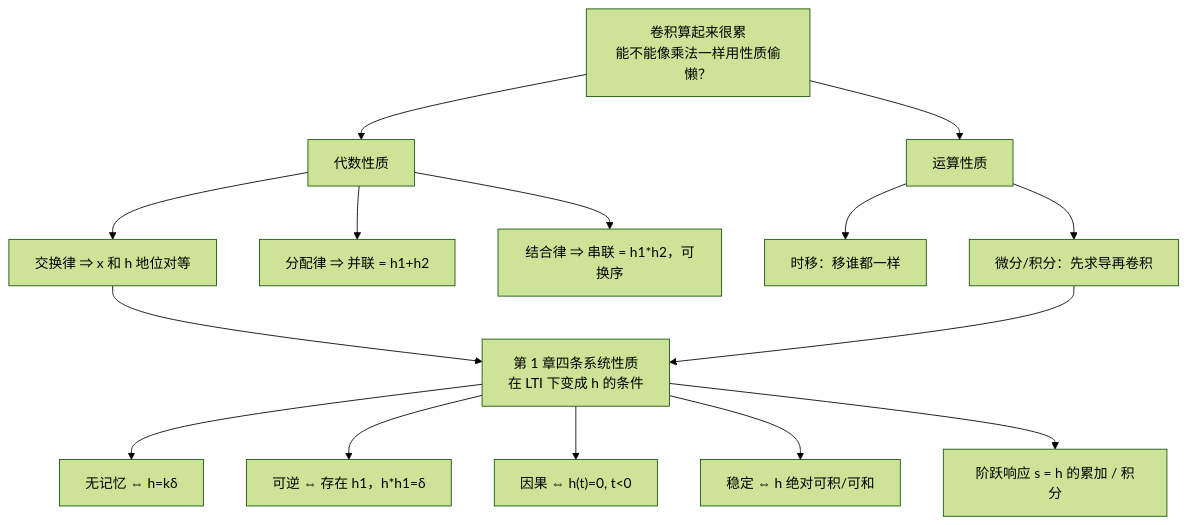
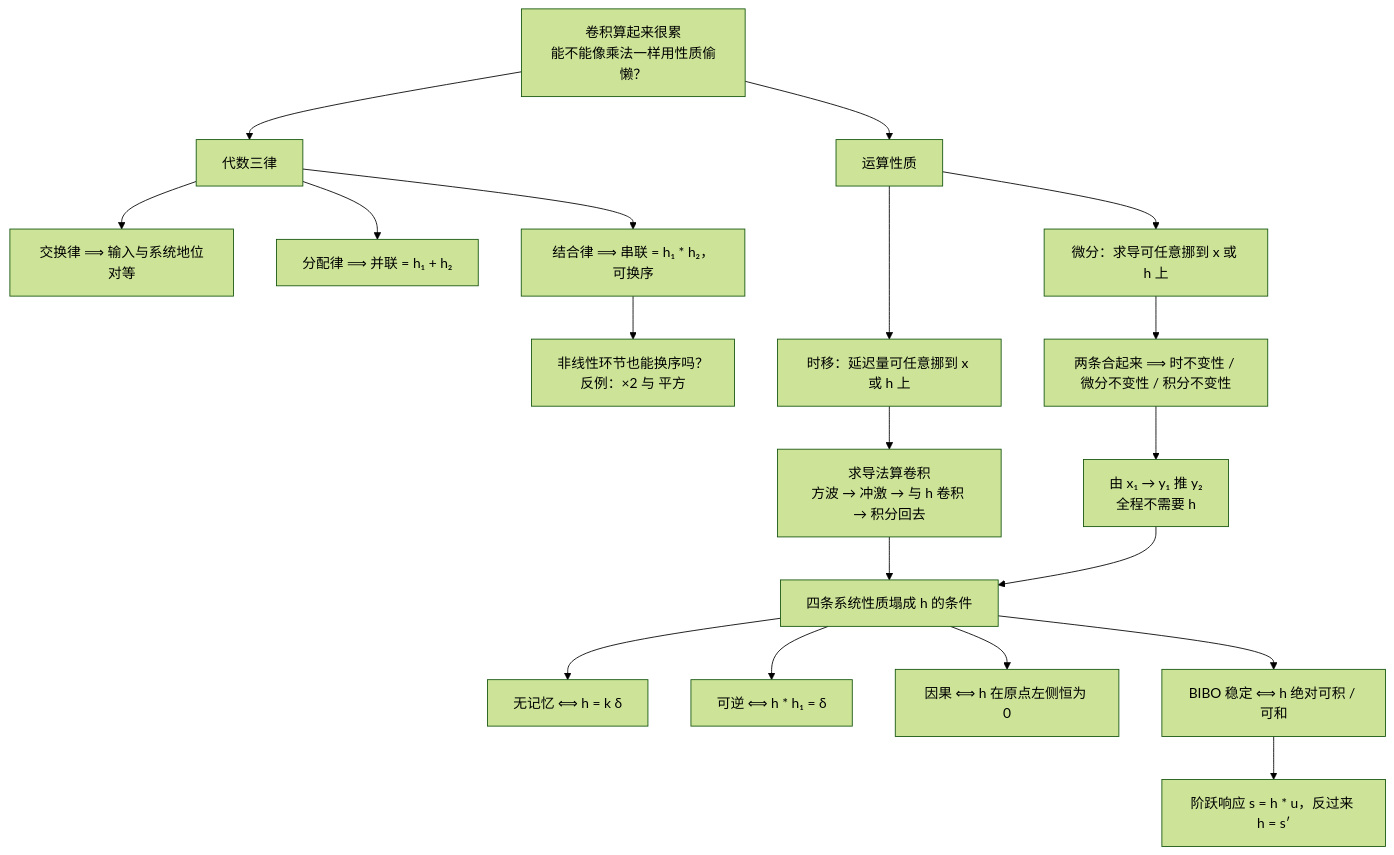
Before and after one commit to KayeAdams515/ClaudeNotes: the first of 4 diagrams in 信号与系统/C2.3 LTI系统的性质.md, drawn with Mermaid (forest theme). The commit also changed other lines of this file and 23 other files, not shown here.

````diff
--- a/信号与系统/C2.3 LTI系统的性质.md
+++ b/信号与系统/C2.3 LTI系统的性质.md
@@ -37,17 +35,21 @@
 ```mermaid
 flowchart TD
-    A["卷积算起来很累<br/>能不能像乘法一样用性质偷懒？"] --> B["代数性质"]
-    B --> B1["交换律 ⇒ x 和 h 地位对等"]
-    B --> B2["分配律 ⇒ 并联 = h1+h2"]
-    B --> B3["结合律 ⇒ 串联 = h1*h2，可换序"]
+    A["卷积算起来很累<br/>能不能像乘法一样用性质偷懒？"] --> B["代数三律"]
+    B --> B1["交换律 ⟹ 输入与系统地位对等"]
+    B --> B2["分配律 ⟹ 并联 = h₁ + h₂"]
+    B --> B3["结合律 ⟹ 串联 = h₁ * h₂，可换序"]
+    B3 --> B4["非线性环节也能换序吗？<br/>反例：×2 与 平方"]
     A --> C["运算性质"]
-    C --> C1["时移：移谁都一样"]
-    C --> C2["微分/积分：先求导再卷积"]
-    B1 --> D["第 1 章四条系统性质<br/>在 LTI 下变成 h 的条件"]
-    C2 --> D
-    D --> D1["无记忆 ⇔ h=kδ"]
-    D --> D2["可逆 ⇔ 存在 h1，h*h1=δ"]
-    D --> D3["因果 ⇔ h(t)=0, t<0"]
-    D --> D4["稳定 ⇔ h 绝对可积/可和"]
-    D --> E["阶跃响应 s = h 的累加 / 积分"]
+    C --> C1["时移：延迟量可任意挪到 x 或 h 上"]
+    C --> C2["微分：求导可任意挪到 x 或 h 上"]
+    C2 --> C3["两条合起来 ⟹ 时不变性 / 微分不变性 / 积分不变性"]
+    C1 --> D["求导法算卷积<br/>方波 → 冲激 → 与 h 卷积 → 积分回去"]
+    C3 --> E["由 x₁ → y₁ 推 y₂<br/>全程不需要 h"]
+    D --> F["四条系统性质塌成 h 的条件"]
+    E --> F
+    F --> F1["无记忆 ⟺ h = k δ"]
+    F --> F2["可逆 ⟺ h * h₁ = δ"]
+    F --> F3["因果 ⟺ h 在原点左侧恒为 0"]
+    F --> F4["BIBO 稳定 ⟺ h 绝对可积 / 可和"]
+    F4 --> G["阶跃响应 s = h * u，反过来 h = s′"]
 ```
````
